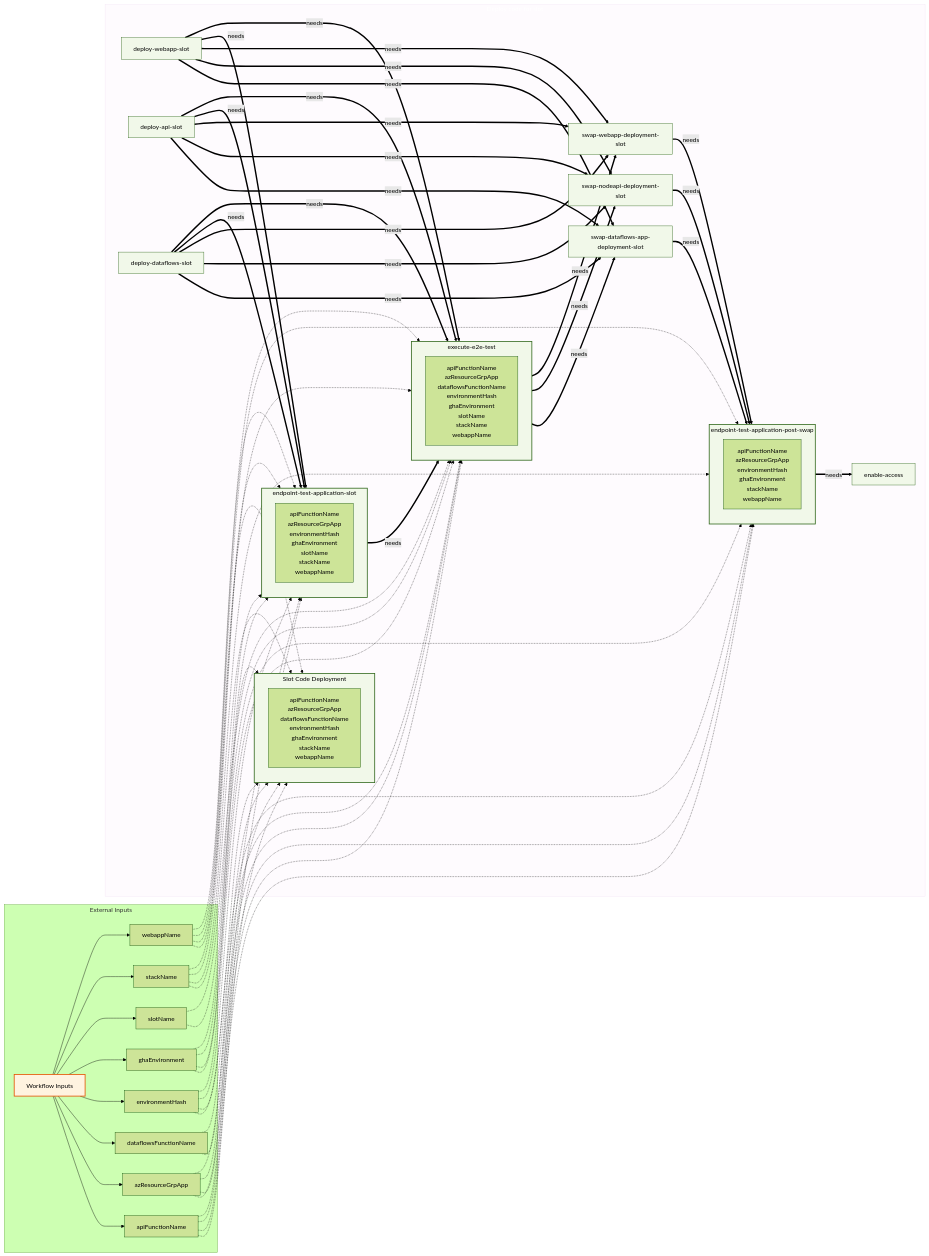
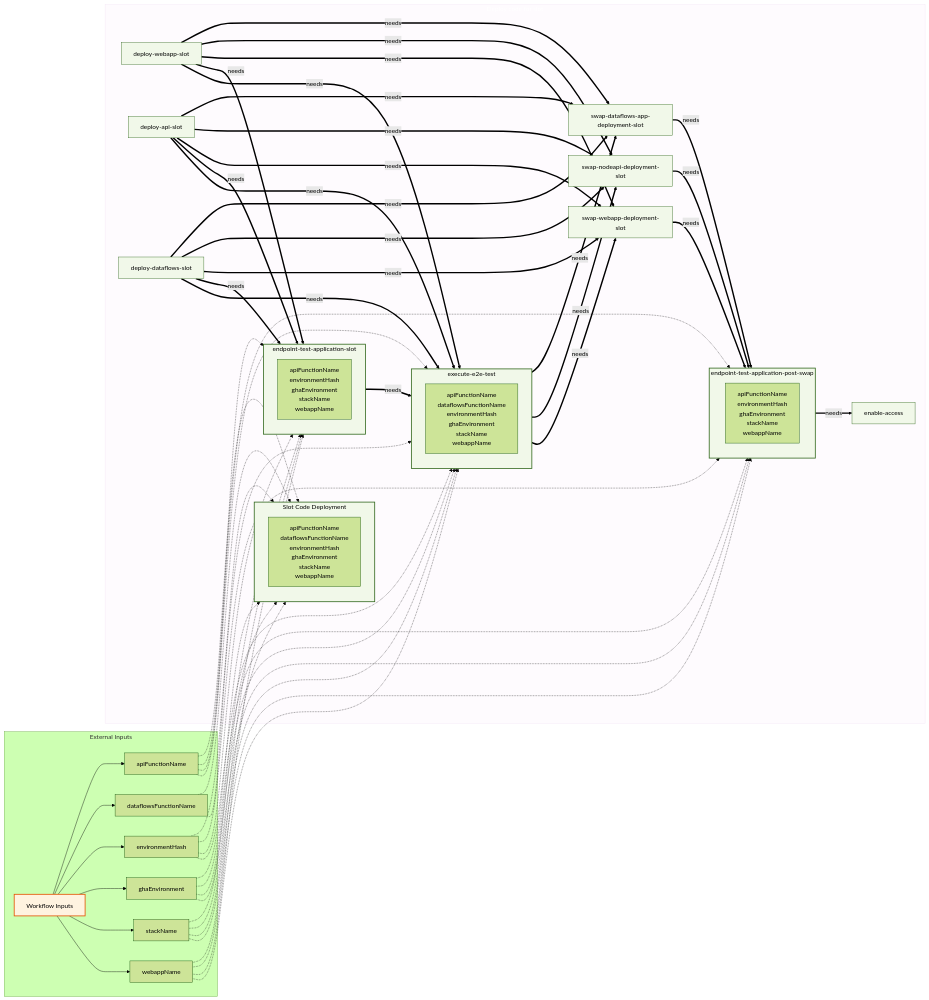
Diagram 15 of 25 in docs/operations/workflow-diagram.md (US-Trustee-Program/Bankruptcy-Oversight-Support-Systems), drawn with Mermaid (forest theme) before and after one commit. The commit also changed other lines of this file and 15 other files, not shown here.

```diff
--- a/docs/operations/workflow-diagram.md
+++ b/docs/operations/workflow-diagram.md
@@ -985,53 +969,45 @@
     subgraph "External Inputs"
         Workflow_Inputs["Workflow Inputs"]
         Workflow_Inputs_apiFunctionName["apiFunctionName"]
-        Workflow_Inputs_azResourceGrpApp["azResourceGrpApp"]
         Workflow_Inputs_dataflowsFunctionName["dataflowsFunctionName"]
         Workflow_Inputs_environmentHash["environmentHash"]
         Workflow_Inputs_ghaEnvironment["ghaEnvironment"]
-        Workflow_Inputs_slotName["slotName"]
         Workflow_Inputs_stackName["stackName"]
         Workflow_Inputs_webappName["webappName"]
     end
 
     subgraph sub_deploy_code_slot_workflow["Deploy code for slot"]
         subgraph deploy_code_subgraph["Slot Code Deployment"]
-            deploy_code_vars["apiFunctionName<br/>azResourceGrpApp<br/>dataflowsFunctionName<br/>environmentHash<br/>ghaEnvironment<br/>stackName<br/>webappName"]
+            deploy_code_vars["apiFunctionName<br/>dataflowsFunctionName<br/>environmentHash<br/>ghaEnvironment<br/>stackName<br/>webappName"]
         end
         deploy_webapp_slot["deploy-webapp-slot"]
         deploy_api_slot["deploy-api-slot"]
         deploy_dataflows_slot["deploy-dataflows-slot"]
         subgraph endpoint_test_application_slot_subgraph["endpoint-test-application-slot"]
-            endpoint_test_application_slot_vars["apiFunctionName<br/>azResourceGrpApp<br/>environmentHash<br/>ghaEnvironment<br/>slotName<br/>stackName<br/>webappName"]
+            endpoint_test_application_slot_vars["apiFunctionName<br/>environmentHash<br/>ghaEnvironment<br/>stackName<br/>webappName"]
         end
         subgraph execute_e2e_test_subgraph["execute-e2e-test"]
-            execute_e2e_test_vars["apiFunctionName<br/>azResourceGrpApp<br/>dataflowsFunctionName<br/>environmentHash<br/>ghaEnvironment<br/>slotName<br/>stackName<br/>webappName"]
+            execute_e2e_test_vars["apiFunctionName<br/>dataflowsFunctionName<br/>environmentHash<br/>ghaEnvironment<br/>stackName<br/>webappName"]
         end
         swap_webapp_deployment_slot["swap-webapp-deployment-slot"]
         swap_nodeapi_deployment_slot["swap-nodeapi-deployment-slot"]
         swap_dataflows_app_deployment_slot["swap-dataflows-app-deployment-slot"]
         subgraph endpoint_test_application_post_swap_subgraph["endpoint-test-application-post-swap"]
-            endpoint_test_application_post_swap_vars["apiFunctionName<br/>azResourceGrpApp<br/>environmentHash<br/>ghaEnvironment<br/>stackName<br/>webappName"]
+            endpoint_test_application_post_swap_vars["apiFunctionName<br/>environmentHash<br/>ghaEnvironment<br/>stackName<br/>webappName"]
         end
         enable_access["enable-access"]
     end
 
         Workflow_Inputs --> Workflow_Inputs_apiFunctionName
-        Workflow_Inputs --> Workflow_Inputs_azResourceGrpApp
         Workflow_Inputs --> Workflow_Inputs_dataflowsFunctionName
         Workflow_Inputs --> Workflow_Inputs_environmentHash
         Workflow_Inputs --> Workflow_Inputs_ghaEnvironment
-        Workflow_Inputs --> Workflow_Inputs_slotName
         Workflow_Inputs --> Workflow_Inputs_stackName
         Workflow_Inputs --> Workflow_Inputs_webappName
     Workflow_Inputs_apiFunctionName -.-> deploy_code_subgraph
     Workflow_Inputs_apiFunctionName -.-> endpoint_test_application_post_swap_subgraph
     Workflow_Inputs_apiFunctionName -.-> endpoint_test_application_slot_subgraph
     Workflow_Inputs_apiFunctionName -.-> execute_e2e_test_subgraph
-    Workflow_Inputs_azResourceGrpApp -.-> deploy_code_subgraph
-    Workflow_Inputs_azResourceGrpApp -.-> endpoint_test_application_post_swap_subgraph
-    Workflow_Inputs_azResourceGrpApp -.-> endpoint_test_application_slot_subgraph
-    Workflow_Inputs_azResourceGrpApp -.-> execute_e2e_test_subgraph
     Workflow_Inputs_dataflowsFunctionName -.-> deploy_code_subgraph
     Workflow_Inputs_dataflowsFunctionName -.-> execute_e2e_test_subgraph
     Workflow_Inputs_environmentHash -.-> deploy_code_subgraph
@@ -1042,8 +1018,6 @@
     Workflow_Inputs_ghaEnvironment -.-> endpoint_test_application_post_swap_subgraph
     Workflow_Inputs_ghaEnvironment -.-> endpoint_test_application_slot_subgraph
     Workflow_Inputs_ghaEnvironment -.-> execute_e2e_test_subgraph
-    Workflow_Inputs_slotName -.-> endpoint_test_application_slot_subgraph
-    Workflow_Inputs_slotName -.-> execute_e2e_test_subgraph
     Workflow_Inputs_stackName -.-> deploy_code_subgraph
     Workflow_Inputs_stackName -.-> endpoint_test_application_post_swap_subgraph
     Workflow_Inputs_stackName -.-> endpoint_test_application_slot_subgraph
```
